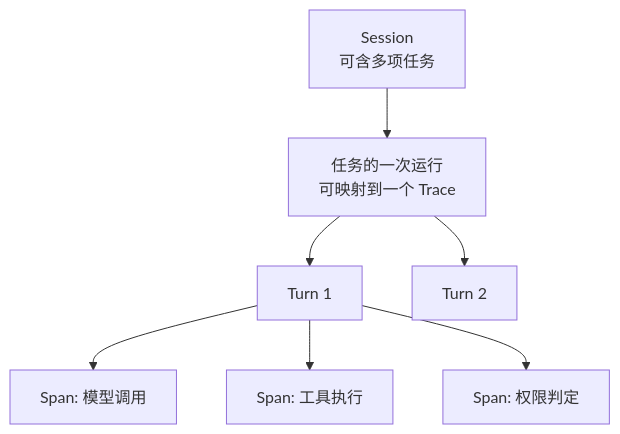
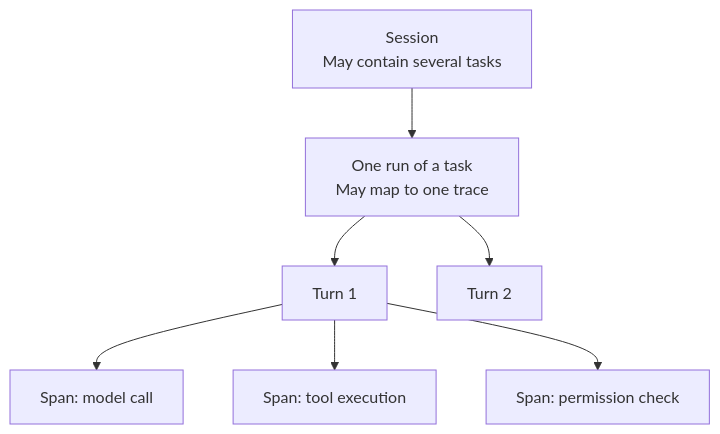
The diagram in docs/agent/02-runtime-harness/23-tracing-evaluation-cost-and-coding-agent-case-study.md (oneleaveknowsthefall/awesome-ai-roadmap), drawn with Mermaid before and after one commit. The commit also changed other lines of this file and 68 other files, not shown here.

````diff
--- a/docs/agent/02-runtime-harness/23-tracing-evaluation-cost-and-coding-agent-case-study.md
+++ b/docs/agent/02-runtime-harness/23-tracing-evaluation-cost-and-coding-agent-case-study.md
@@ -15,16 +15,16 @@
 ```mermaid
 flowchart TB
-    SESS["Session<br/>可含多项任务"]
-    RUN["任务的一次运行<br/>可映射到一个 Trace"]
+    SESS["Session<br/>May contain several tasks"]
+    RUN["One run of a task<br/>May map to one trace"]
     T1["Turn 1"]
     T2["Turn 2"]
-    S1["Span: 模型调用"]
-    S2["Span: 工具执行"]
-    S3["Span: 权限判定"]
+    S1["Span: model call"]
+    S2["Span: tool execution"]
+    S3["Span: permission check"]
     SESS --> RUN
     RUN --> T1
     RUN --> T2
     T1 --> S1
     T1 --> S2
     T1 --> S3
 ```
````
